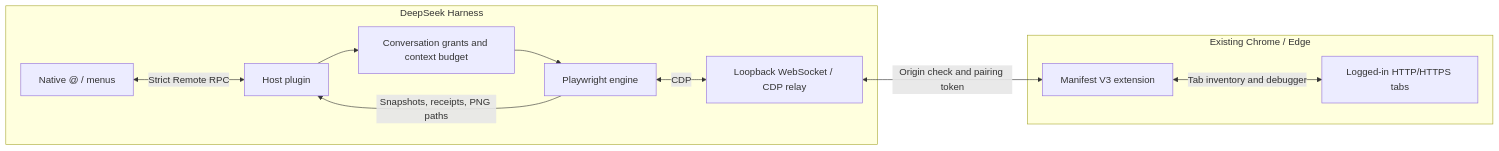
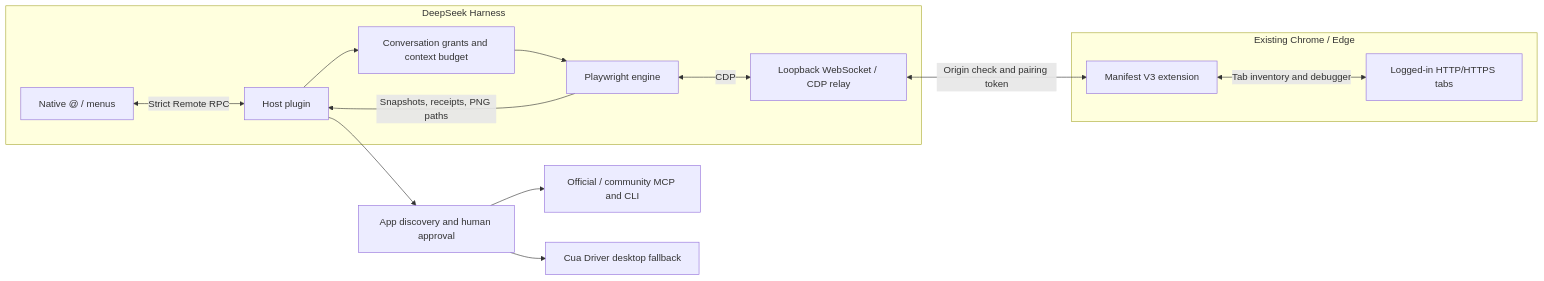
Before and after one commit to DeveloperYe/dsh-doyourweb: the diagram in README.md, drawn with Mermaid. The commit also changed other lines of this file and 38 other files, not shown here.

````diff
--- a/README.md
+++ b/README.md
@@ -73,20 +82,23 @@
 ```mermaid
 flowchart LR
     subgraph DSH["DeepSeek Harness"]
         UI["Native @ / menus"]
         Host["Host plugin"]
         Grants["Conversation grants and context budget"]
         Engine["Playwright engine"]
         Bridge["Loopback WebSocket / CDP relay"]
     end
     subgraph Browser["Existing Chrome / Edge"]
         Extension["Manifest V3 extension"]
         Tabs["Logged-in HTTP/HTTPS tabs"]
     end
     UI <-->|"Strict Remote RPC"| Host
     Host --> Grants --> Engine
     Engine <-->|"CDP"| Bridge
     Bridge <-->|"Origin check and pairing token"| Extension
     Extension <-->|"Tab inventory and debugger"| Tabs
     Engine -->|"Snapshots, receipts, PNG paths"| Host
+    Host --> Apps["App discovery and human approval"]
+    Apps --> Structured["Official / community MCP and CLI"]
+    Apps --> Desktop["Cua Driver desktop fallback"]
 ```
````
